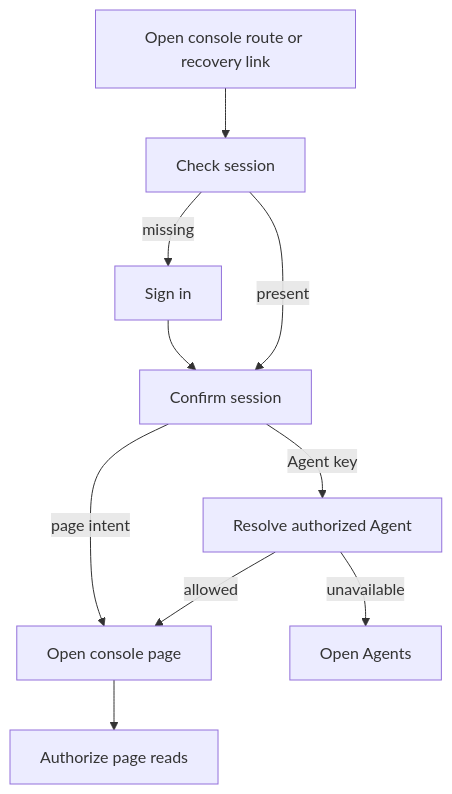
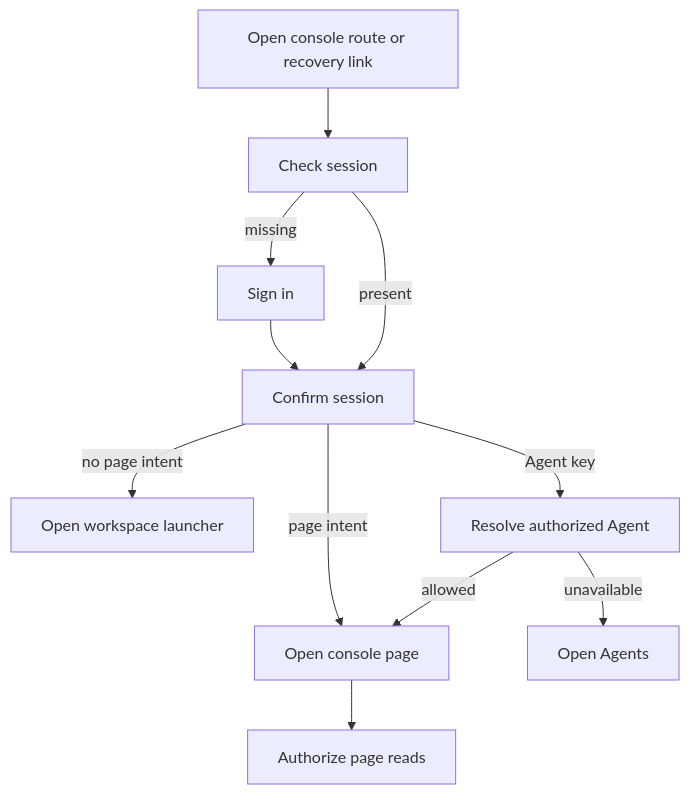
One commit to openclaw/openclaw-enterprise changed the diagram in docs/flows/platform-console/sign-in-return.md. Above: the diagram before and after it, drawn with Mermaid. The commit also changed other lines of this file and 22 other files, not shown here.

````diff
--- a/docs/flows/platform-console/sign-in-return.md
+++ b/docs/flows/platform-console/sign-in-return.md
@@ -23,12 +23,13 @@
 ```mermaid
 graph TD
   A["Open console route or recovery link"] --> B["Check session"]
   B -->|missing| C["Sign in"]
   C --> D["Confirm session"]
   B -->|present| D
   D -->|page intent| E["Open console page"]
+  D -->|no page intent| W["Open workspace launcher"]
   D -->|Agent key| F["Resolve authorized Agent"]
   F -->|allowed| E
   F -->|unavailable| G["Open Agents"]
   E --> H["Authorize page reads"]
 ```
````
